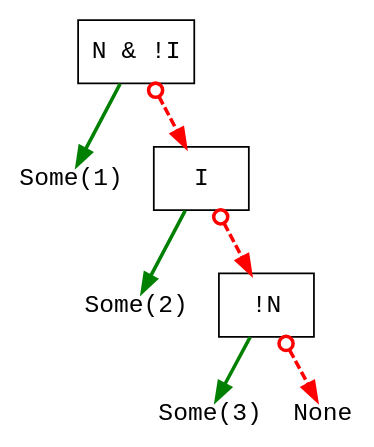
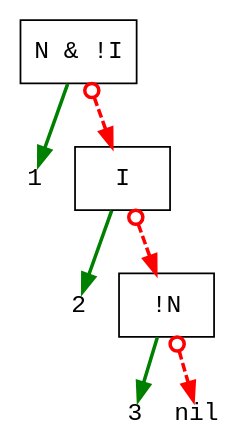
Before and after one commit to jimka2001/clojure-rte: the diagram in doc/reClojure.2025/reclojure.2025.slides.dot/ldd-0.dot, drawn with Graphviz. The commit also changed 13 other files, not shown here.

```diff
--- a/doc/reClojure.2025/reclojure.2025.slides.dot/ldd-0.dot
+++ b/doc/reClojure.2025/reclojure.2025.slides.dot/ldd-0.dot
@@ -1,23 +1,23 @@
 digraph G {
 node [ fontsize=14];
 bgcolor="#ffffff00" # RGBA (with alpha)
 1 [shape=box,label="N & !I",fontname="Courier"]
-2 [shape=plain,label="Some(1)",fontname="Courier"]
+2 [shape=plain,label="1",fontname="Courier"]
 3 [shape=box,label="I",fontname="Courier"]
-4 [shape=plain,label="Some(2)",fontname="Courier"]
+4 [shape=plain,label="2",fontname="Courier"]
 5 [shape=box,label="!N",fontname="Courier"]
-6 [shape=plain,label="Some(3)",fontname="Courier"]
-7 [shape=plain,label="None",fontname="Courier"]
+6 [shape=plain,label="3",fontname="Courier"]
+7 [shape=plain,label="nil",fontname="Courier"]
 {rank=same 2 3}
 {rank=same 4 5}
 {rank=same 6 7}
 
 1 -> 2 [style=solid,color=green,penwidth=2]
 1 -> 3 [style=dashed,color=red,penwidth=2,arrowhead=normal,arrowtail=odot,dir=both]
 
 3 -> 4 [style=solid,color=green,penwidth=2]
 3 -> 5 [style=dashed,color=red,penwidth=2,arrowhead=normal,arrowtail=odot,dir=both]
 
 5 -> 6 [style=solid,color=green,penwidth=2]
 5 -> 7 [style=dashed,color=red,penwidth=2,arrowhead=normal,arrowtail=odot,dir=both]
 }
```
